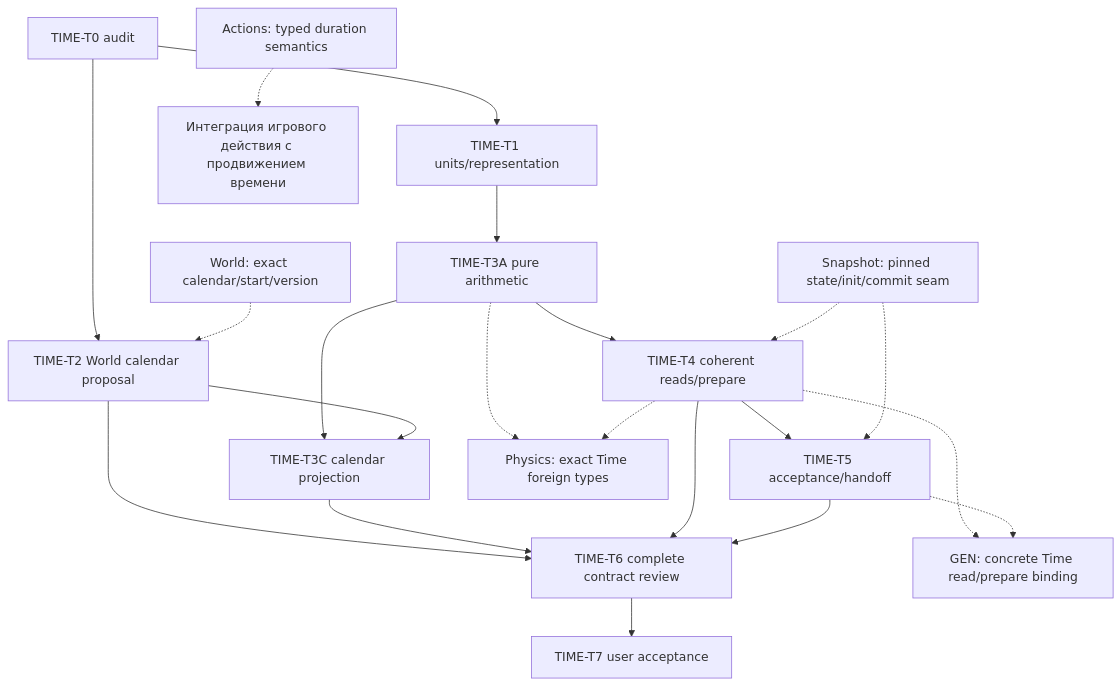
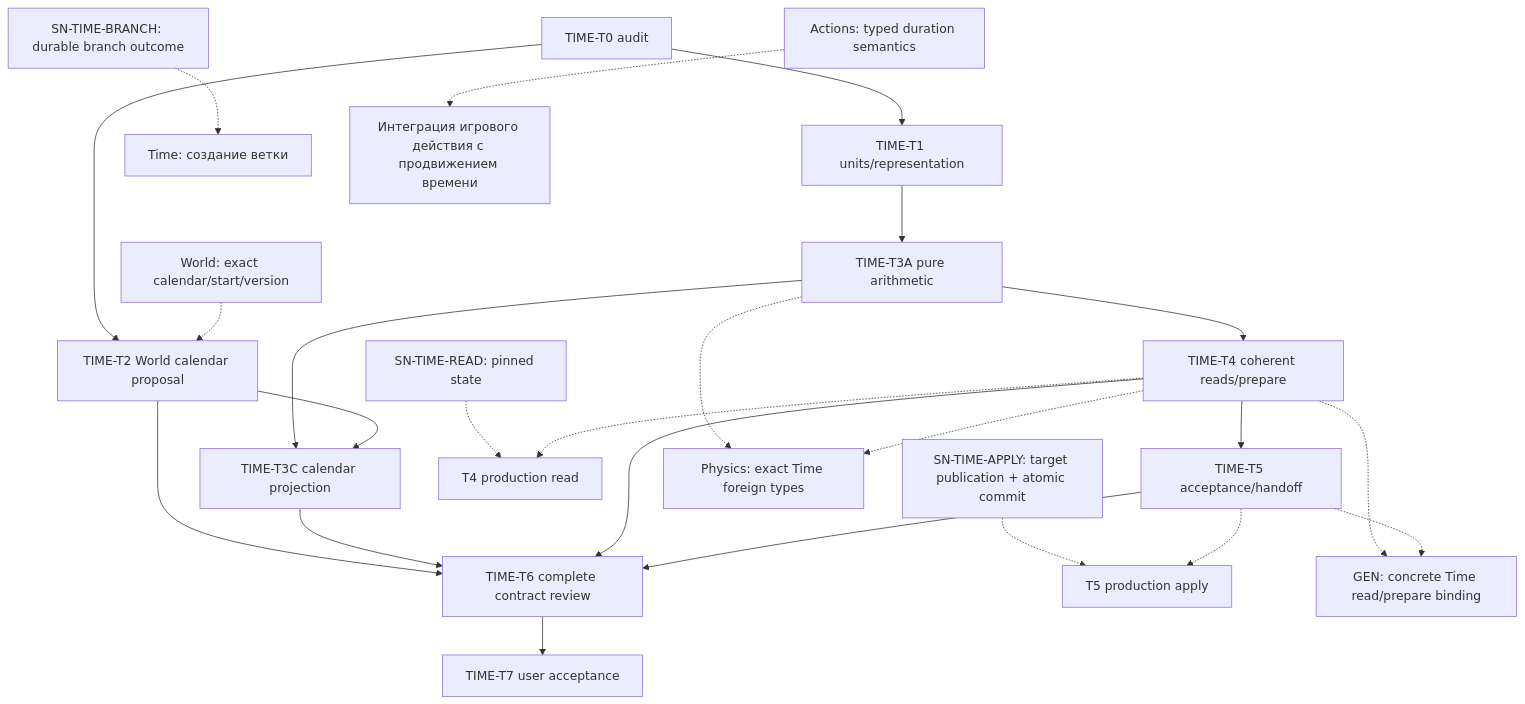
Before and after one commit to AndrewBondaren/AI-Project: the fifth of 6 diagrams in .cursor/plans/world-generation-plan-dependency-graph.md, drawn with Mermaid. The commit also changed other lines of this file and 4 other files, not shown here.

````diff
--- a/.cursor/plans/world-generation-plan-dependency-graph.md
+++ b/.cursor/plans/world-generation-plan-dependency-graph.md
@@ -692,23 +692,26 @@
 ```mermaid
 flowchart TD
     T0["TIME-T0 audit"] --> T1["TIME-T1 units/representation"]
     T0 --> T2["TIME-T2 World calendar proposal"]
     T1 --> T3A["TIME-T3A pure arithmetic"]
     T3A --> T3C["TIME-T3C calendar projection"]
     T2 --> T3C
     T3A --> T4["TIME-T4 coherent reads/prepare"]
     T4 --> T5["TIME-T5 acceptance/handoff"]
     T2 --> T6["TIME-T6 complete contract review"]
     T3C --> T6
     T4 --> T6
     T5 --> T6
     T6 --> T7["TIME-T7 user acceptance"]
     W["World: exact calendar/start/version"] -.-> T2
-    S["Snapshot: pinned state/init/commit seam"] -.-> T4
-    S -.-> T5
+    SR["SN-TIME-READ: pinned state"] -.-> RD["T4 production read"]
+    SW["SN-TIME-APPLY: target publication + atomic commit"] -.-> WR["T5 production apply"]
+    SB["SN-TIME-BRANCH: durable branch outcome"] -.-> BR["Time: создание ветки"]
+    T4 -.-> RD
+    T5 -.-> WR
     A["Actions: typed duration semantics"] -.-> AC["Интеграция игрового действия с продвижением времени"]
     T3A -.-> PH["Physics: exact Time foreign types"]
     T4 -.-> PH
     T4 -.-> GEN["GEN: concrete Time read/prepare binding"]
     T5 -.-> GEN
 ```
````
